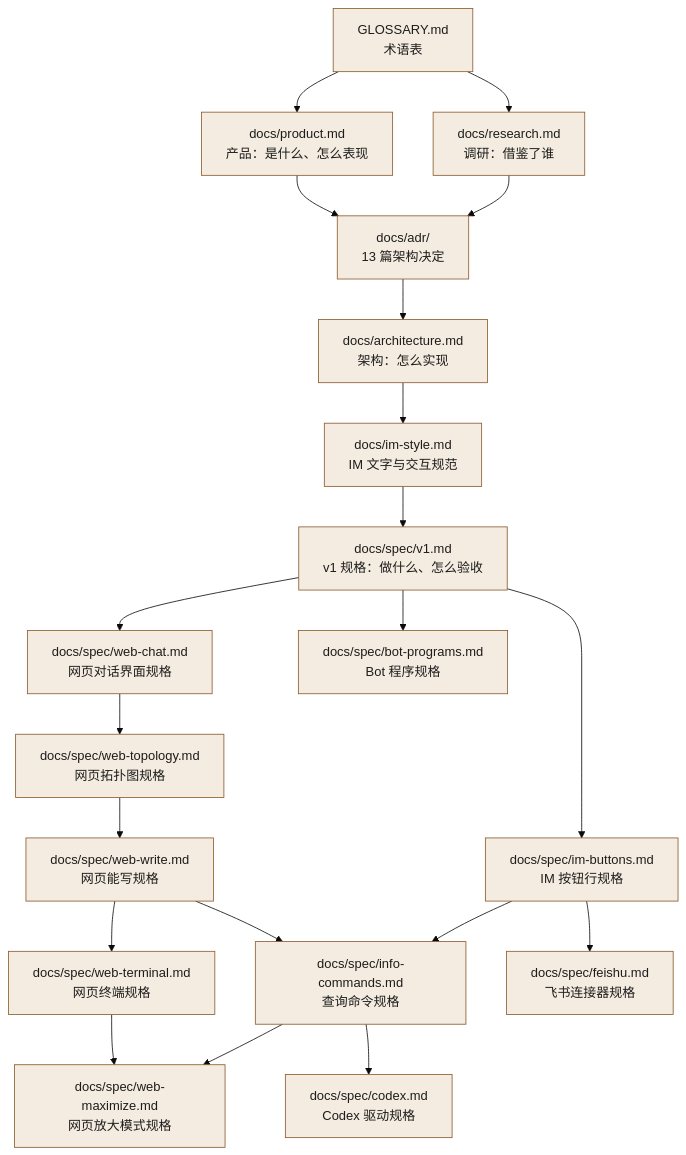
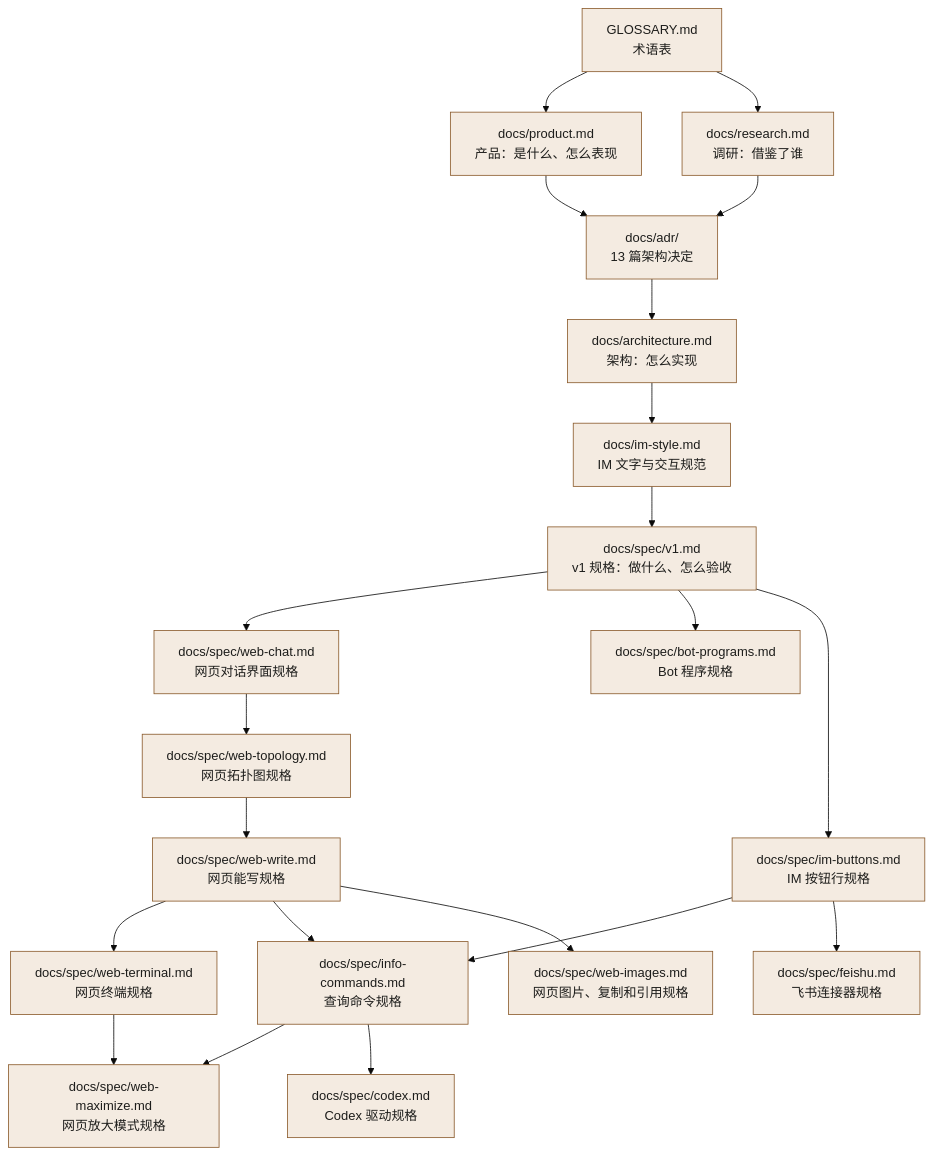
Before and after one commit to RhodiumTeam/Rhodium: the diagram in docs/README.md, drawn with Mermaid (base theme). The commit also changed other lines of this file and 99 other files, not shown here.

````diff
--- a/docs/README.md
+++ b/docs/README.md
@@ -11,40 +11,42 @@
 ```mermaid
 flowchart TD
   classDef doc fill:#f4ebe1,stroke:#8a5a2b,color:#1d1d1b
   G["GLOSSARY.md<br/>术语表"]:::doc
   P["docs/product.md<br/>产品：是什么、怎么表现"]:::doc
   R["docs/research.md<br/>调研：借鉴了谁"]:::doc
   D["docs/adr/<br/>13 篇架构决定"]:::doc
   A["docs/architecture.md<br/>架构：怎么实现"]:::doc
   S["docs/spec/v1.md<br/>v1 规格：做什么、怎么验收"]:::doc
   SW["docs/spec/web-chat.md<br/>网页对话界面规格"]:::doc
   ST["docs/spec/web-topology.md<br/>网页拓扑图规格"]:::doc
   S2["docs/spec/bot-programs.md<br/>Bot 程序规格"]:::doc
   SR["docs/spec/web-write.md<br/>网页能写规格"]:::doc
   TE["docs/spec/web-terminal.md<br/>网页终端规格"]:::doc
   SI["docs/spec/im-buttons.md<br/>IM 按钮行规格"]:::doc
   SQ["docs/spec/info-commands.md<br/>查询命令规格"]:::doc
   SM["docs/spec/web-maximize.md<br/>网页放大模式规格"]:::doc
   SF["docs/spec/feishu.md<br/>飞书连接器规格"]:::doc
   SC["docs/spec/codex.md<br/>Codex 驱动规格"]:::doc
+  SG["docs/spec/web-images.md<br/>网页图片、复制和引用规格"]:::doc
   I["docs/im-style.md<br/>IM 文字与交互规范"]:::doc
   G --> P
   G --> R
   P --> D
   R --> D
   D --> A
   A --> I
   I --> S
   S --> SW
   SW --> ST
   S --> S2
   ST --> SR
   SR --> TE
   S --> SI
   SR --> SQ
   SI --> SQ
   TE --> SM
   SQ --> SM
   SI --> SF
   SQ --> SC
+  SR --> SG
 ```
````
